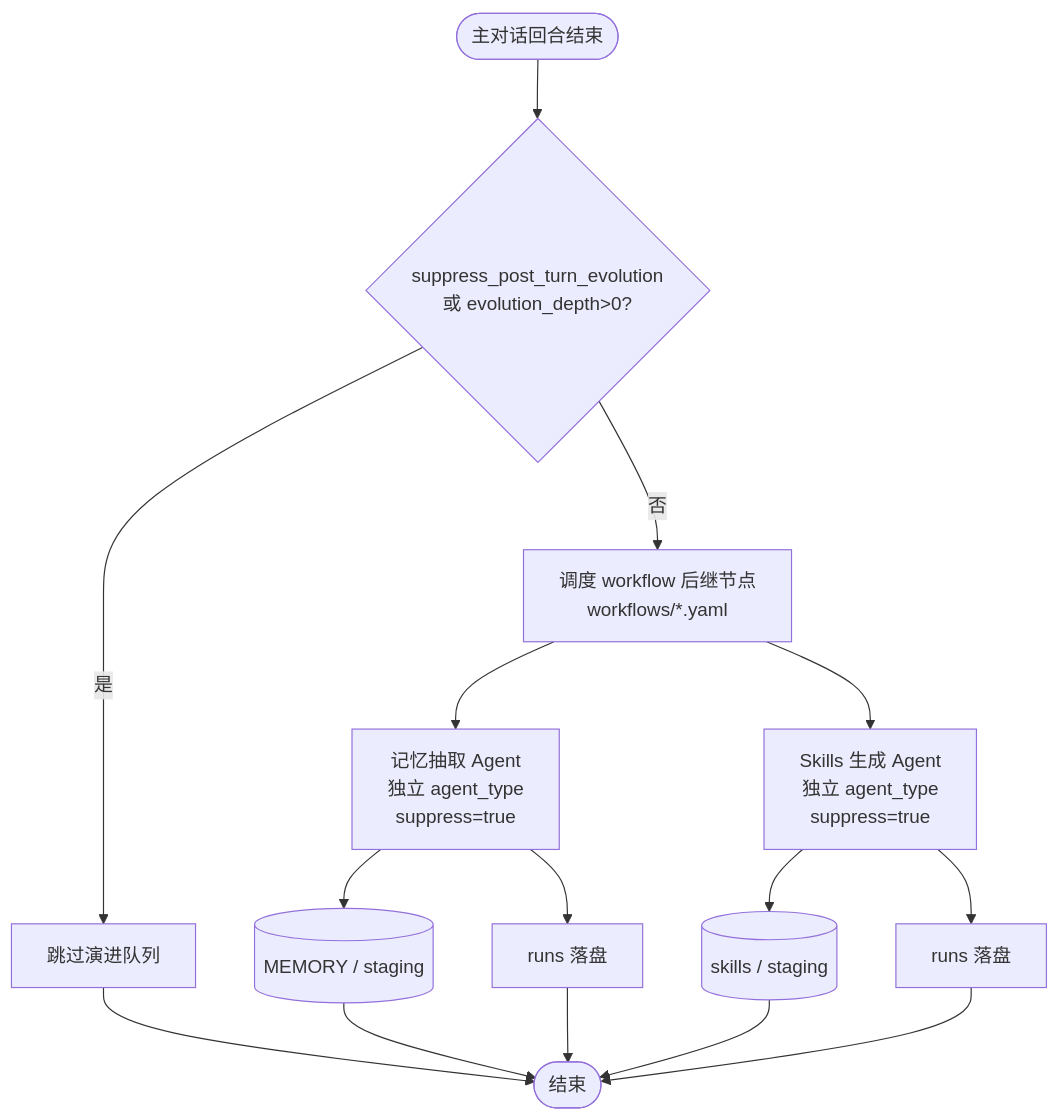
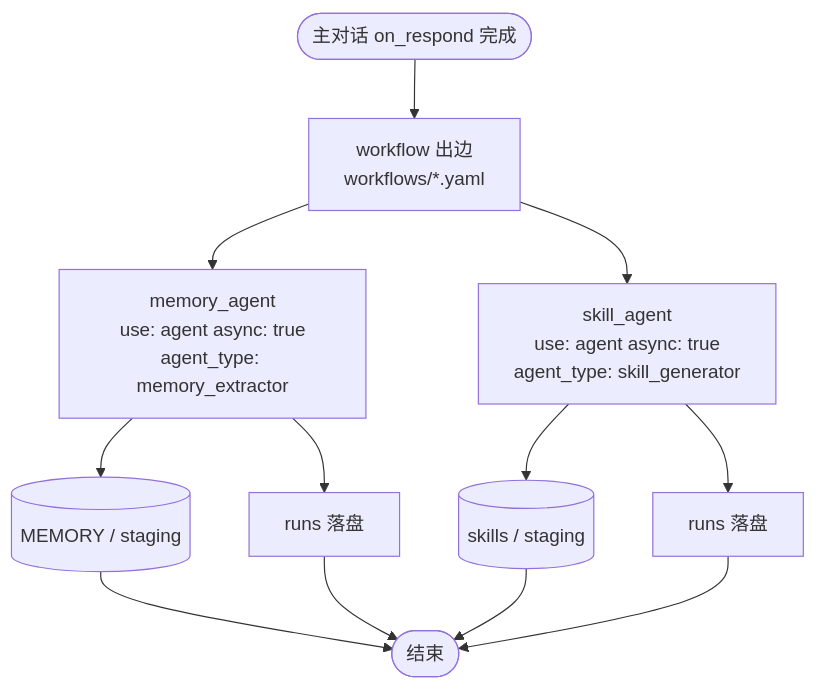
Before and after one commit to lengzhao/oneclaw: the fifth of 9 diagrams in docs/architecture.md, drawn with Mermaid. The commit also changed other lines of this file and 43 other files, not shown here.

````diff
--- a/docs/architecture.md
+++ b/docs/architecture.md
@@ -158,17 +158,14 @@
 ```mermaid
 flowchart TD
-  MAIN([主对话回合结束]) --> C{suppress_post_turn_evolution<br/>或 evolution_depth>0?}
-  C -->|是| SKIP[跳过演进队列]
-  C -->|否| Q[调度 workflow 后继节点<br/>workflows/*.yaml]
-  Q --> M[记忆抽取 Agent<br/>独立 agent_type<br/>suppress=true]
-  Q --> S[Skills 生成 Agent<br/>独立 agent_type<br/>suppress=true]
+  MAIN([主对话 on_respond 完成]) --> Q[workflow 出边<br/>workflows/*.yaml]
+  Q --> M["memory_agent<br/>use: agent async: true<br/>agent_type: memory_extractor"]
+  Q --> S["skill_agent<br/>use: agent async: true<br/>agent_type: skill_generator"]
   M --> DISK1[(MEMORY / staging)]
   S --> DISK2[(skills / staging)]
   M --> LOG1[runs 落盘]
   S --> LOG2[runs 落盘]
-  SKIP --> DONE([结束])
-  DISK1 --> DONE
+  DISK1 --> DONE([结束])
   DISK2 --> DONE
   LOG1 --> DONE
   LOG2 --> DONE
 ```
````
